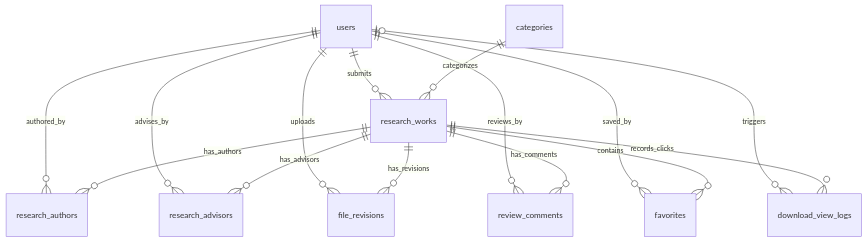
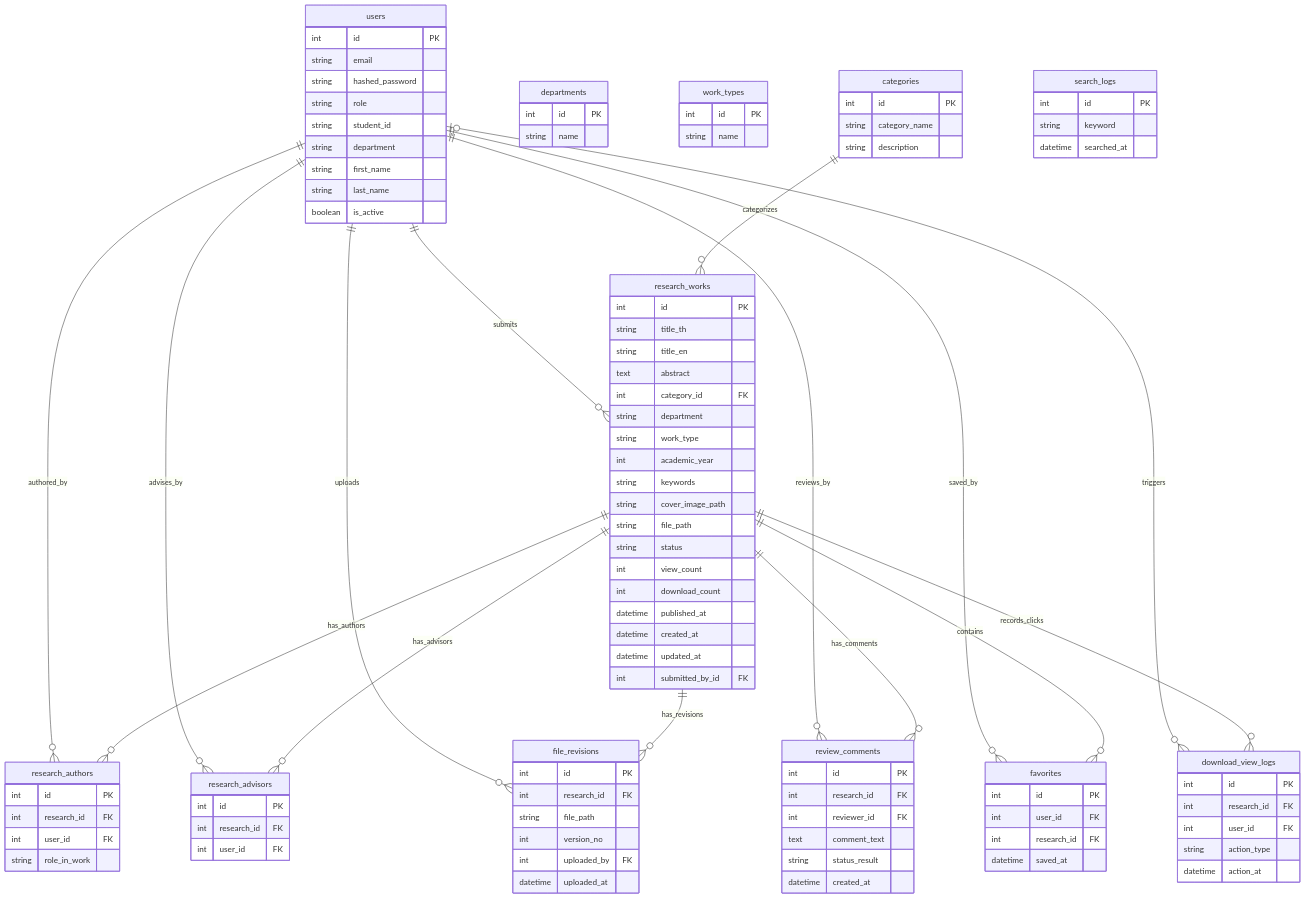
One commit to Phoomss/UniResearch changed the third of 7 diagrams in docs/UniResearch_UML_Diagrams.md. Above: the diagram before and after it, drawn with Mermaid. The commit also changed other lines of this file, not shown here.

Commit message:
feat: Enhance UML diagrams with updated use case, ER, and activity diagrams

````diff
--- a/docs/UniResearch_UML_Diagrams.md
+++ b/docs/UniResearch_UML_Diagrams.md
@@ -190,5 +196,95 @@
 ```mermaid
 erDiagram
+    users {
+        int id PK
+        string email
+        string hashed_password
+        string role
+        string student_id
+        string department
+        string first_name
+        string last_name
+        boolean is_active
+    }
+    departments {
+        int id PK
+        string name
+    }
+    work_types {
+        int id PK
+        string name
+    }
+    research_works {
+        int id PK
+        string title_th
+        string title_en
+        text abstract
+        int category_id FK
+        string department
+        string work_type
+        int academic_year
+        string keywords
+        string cover_image_path
+        string file_path
+        string status
+        int view_count
+        int download_count
+        datetime published_at
+        datetime created_at
+        datetime updated_at
+        int submitted_by_id FK
+    }
+    categories {
+        int id PK
+        string category_name
+        string description
+    }
+    research_authors {
+        int id PK
+        int research_id FK
+        int user_id FK
+        string role_in_work
+    }
+    research_advisors {
+        int id PK
+        int research_id FK
+        int user_id FK
+    }
+    file_revisions {
+        int id PK
+        int research_id FK
+        string file_path
+        int version_no
+        int uploaded_by FK
+        datetime uploaded_at
+    }
+    review_comments {
+        int id PK
+        int research_id FK
+        int reviewer_id FK
+        text comment_text
+        string status_result
+        datetime created_at
+    }
+    favorites {
+        int id PK
+        int user_id FK
+        int research_id FK
+        datetime saved_at
+    }
+    download_view_logs {
+        int id PK
+        int research_id FK
+        int user_id FK
+        string action_type
+        datetime action_at
+    }
+    search_logs {
+        int id PK
+        string keyword
+        datetime searched_at
+    }
+
     users ||--o{ research_works : "submits"
     users ||--o{ research_authors : "authored_by"
     users ||--o{ research_advisors : "advises_by"
````
